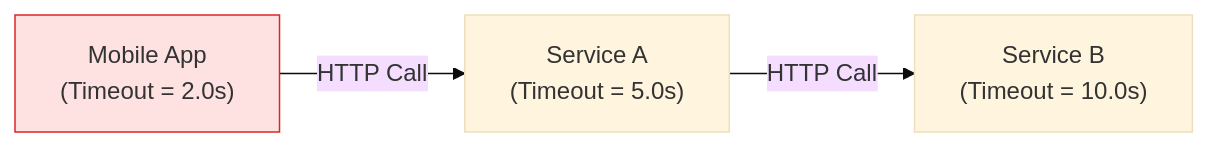
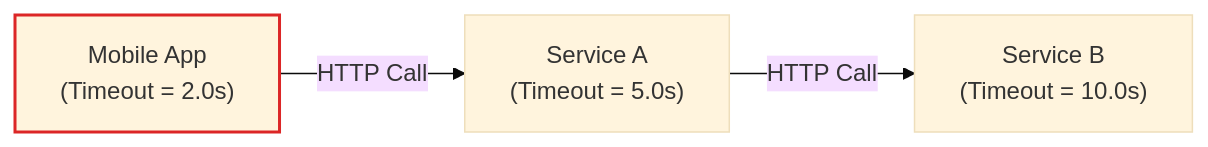
One commit to yodh4/ubiquitous-parakeet changed the third of 3 diagrams in docs/01-strict-timeouts.md. Above: the diagram before and after it, drawn with Mermaid (base theme). The commit also changed other lines of this file and 5 other files, not shown here.

Commit message:
Docs: Fix dark/light theme contrast across all diagrams and add DOCUMENTATION_RULES.md

````diff
--- a/docs/01-strict-timeouts.md
+++ b/docs/01-strict-timeouts.md
@@ -154,5 +146,5 @@
 ```mermaid
 flowchart LR
     App["Mobile App\n(Timeout = 2.0s)"] -->|"HTTP Call"| SvcA["Service A\n(Timeout = 5.0s)"] -->|"HTTP Call"| SvcB["Service B\n(Timeout = 10.0s)"]
-    style App fill:#fee2e2,stroke:#dc2626
+    style App stroke:#dc2626,stroke-width:2px
 ```
````
